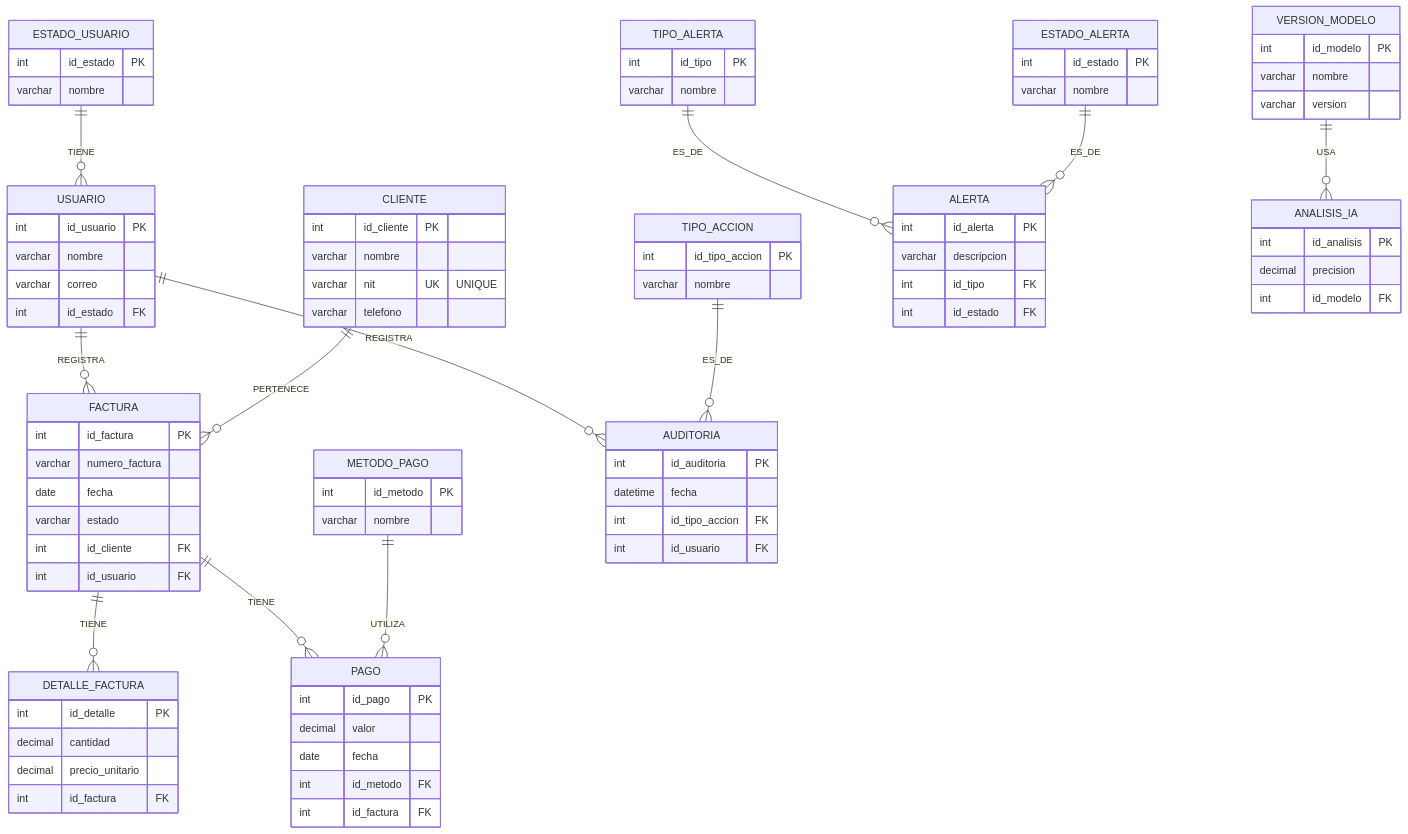
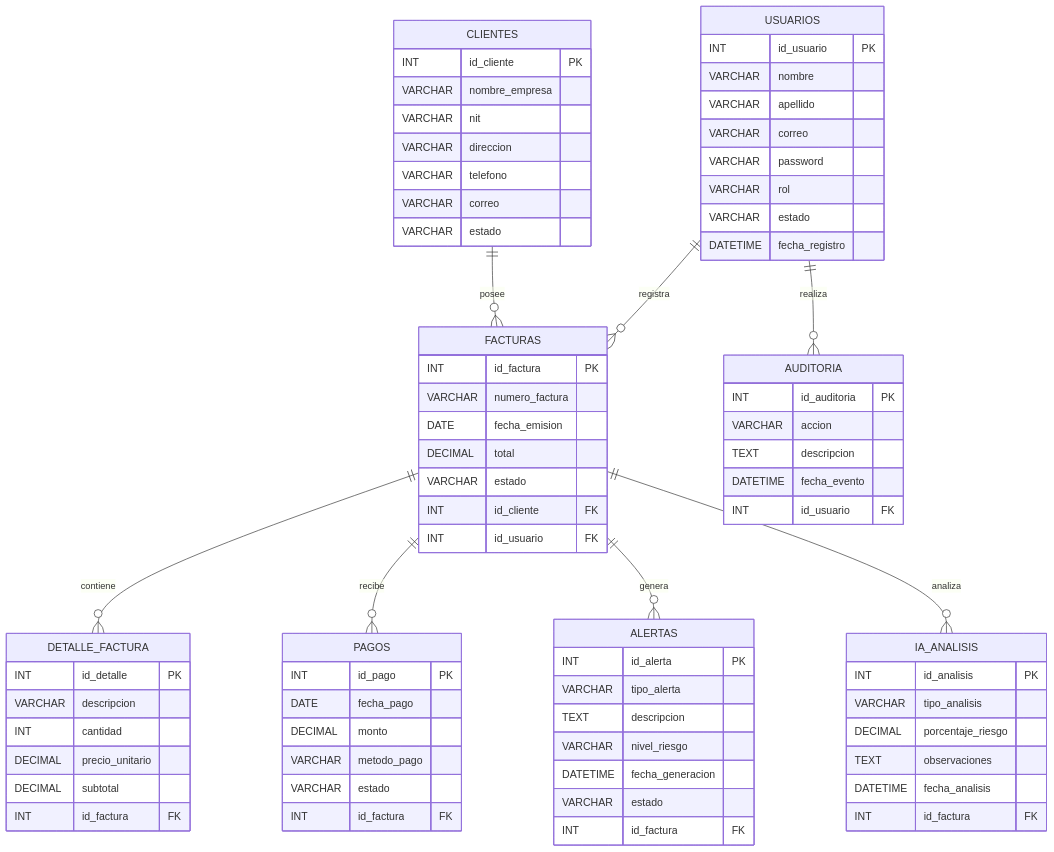
Before and after one commit to karolin0326/parcial_2: the diagram in docs/diseño/fase2-datos/E8-modelo-entidad-relacion.md, drawn with Mermaid. The commit also changed other lines of this file, not shown here.

Commit message:
Please provide the diff or description of the changes so I can generate the commit message for you.

````diff
--- a/docs/diseño/fase2-datos/E8-modelo-entidad-relacion.md
+++ b/docs/diseño/fase2-datos/E8-modelo-entidad-relacion.md
@@ -18,105 +14,123 @@
 ```mermaid
 erDiagram
-    %% Relaciones y Cardinalidades
-    ESTADO_USUARIO ||--o{ USUARIO : "TIENE"
-    USUARIO ||--o{ FACTURA : "REGISTRA"
-    CLIENTE ||--o{ FACTURA : "PERTENECE"
-    FACTURA ||--o{ DETALLE_FACTURA : "TIENE"
-    FACTURA ||--o{ PAGO : "TIENE"
-    METODO_PAGO ||--o{ PAGO : "UTILIZA"
-    USUARIO ||--o{ AUDITORIA : "REGISTRA"
-    TIPO_ACCION ||--o{ AUDITORIA : "ES_DE"
-    TIPO_ALERTA ||--o{ ALERTA : "ES_DE"
-    ESTADO_ALERTA ||--o{ ALERTA : "ES_DE"
-    VERSION_MODELO ||--o{ ANALISIS_IA : "USA"
 
-    %% Definición de Entidades y Atributos
-    ESTADO_USUARIO {
-        int id_estado PK
-        varchar nombre
-    }
-    
-    USUARIO {
-        int id_usuario PK
-        varchar nombre
-        varchar correo
-        int id_estado FK
-    }
-    
-    CLIENTE {
-        int id_cliente PK
-        varchar nombre
-        varchar nit UK "UNIQUE"
-        varchar telefono
-    }
-    
-    FACTURA {
-        int id_factura PK
-        varchar numero_factura
-        date fecha
-        varchar estado
-        int id_cliente FK
-        int id_usuario FK
-    }
-    
-    DETALLE_FACTURA {
-        int id_detalle PK
-        decimal cantidad
-        decimal precio_unitario
-        int id_factura FK
-    }
-    
-    METODO_PAGO {
-        int id_metodo PK
-        varchar nombre
-    }
-    
-    PAGO {
-        int id_pago PK
-        decimal valor
-        date fecha
-        int id_metodo FK
-        int id_factura FK
-    }
-    
-    TIPO_ALERTA {
-        int id_tipo PK
-        varchar nombre
-    }
-    
-    ESTADO_ALERTA {
-        int id_estado PK
-        varchar nombre
-    }
-    
-    ALERTA {
-        int id_alerta PK
-        varchar descripcion
-        int id_tipo FK
-        int id_estado FK
-    }
-    
-    VERSION_MODELO {
-        int id_modelo PK
-        varchar nombre
-        varchar version
-    }
-    
-    ANALISIS_IA {
-        int id_analisis PK
-        decimal precision
-        int id_modelo FK
-    }
-    
-    TIPO_ACCION {
-        int id_tipo_accion PK
-        varchar nombre
-    }
-    
-    AUDITORIA {
-        int id_auditoria PK
-        datetime fecha
-        int id_tipo_accion FK
-        int id_usuario FK
-    }
+%% =====================================================
+%% TABLA USUARIOS
+%% =====================================================
+
+USUARIOS {
+    INT id_usuario PK
+    VARCHAR nombre
+    VARCHAR apellido
+    VARCHAR correo
+    VARCHAR password
+    VARCHAR rol
+    VARCHAR estado
+    DATETIME fecha_registro
+}
+
+%% =====================================================
+%% TABLA CLIENTES
+%% =====================================================
+
+CLIENTES {
+    INT id_cliente PK
+    VARCHAR nombre_empresa
+    VARCHAR nit
+    VARCHAR direccion
+    VARCHAR telefono
+    VARCHAR correo
+    VARCHAR estado
+}
+
+%% =====================================================
+%% TABLA FACTURAS
+%% =====================================================
+
+FACTURAS {
+    INT id_factura PK
+    VARCHAR numero_factura
+    DATE fecha_emision
+    DECIMAL total
+    VARCHAR estado
+    INT id_cliente FK
+    INT id_usuario FK
+}
+
+%% =====================================================
+%% TABLA DETALLE_FACTURA
+%% =====================================================
+
+DETALLE_FACTURA {
+    INT id_detalle PK
+    VARCHAR descripcion
+    INT cantidad
+    DECIMAL precio_unitario
+    DECIMAL subtotal
+    INT id_factura FK
+}
+
+%% =====================================================
+%% TABLA PAGOS
+%% =====================================================
+
+PAGOS {
+    INT id_pago PK
+    DATE fecha_pago
+    DECIMAL monto
+    VARCHAR metodo_pago
+    VARCHAR estado
+    INT id_factura FK
+}
+
+%% =====================================================
+%% TABLA ALERTAS
+%% =====================================================
+
+ALERTAS {
+    INT id_alerta PK
+    VARCHAR tipo_alerta
+    TEXT descripcion
+    VARCHAR nivel_riesgo
+    DATETIME fecha_generacion
+    VARCHAR estado
+    INT id_factura FK
+}
+
+%% =====================================================
+%% TABLA AUDITORIA
+%% =====================================================
+
+AUDITORIA {
+    INT id_auditoria PK
+    VARCHAR accion
+    TEXT descripcion
+    DATETIME fecha_evento
+    INT id_usuario FK
+}
+
+%% =====================================================
+%% TABLA IA_ANALISIS
+%% =====================================================
+
+IA_ANALISIS {
+    INT id_analisis PK
+    VARCHAR tipo_analisis
+    DECIMAL porcentaje_riesgo
+    TEXT observaciones
+    DATETIME fecha_analisis
+    INT id_factura FK
+}
+
+%% =====================================================
+%% RELACIONES
+%% =====================================================
+
+CLIENTES ||--o{ FACTURAS : posee
+USUARIOS ||--o{ FACTURAS : registra
+FACTURAS ||--o{ DETALLE_FACTURA : contiene
+FACTURAS ||--o{ PAGOS : recibe
+FACTURAS ||--o{ ALERTAS : genera
+FACTURAS ||--o{ IA_ANALISIS : analiza
+USUARIOS ||--o{ AUDITORIA : realiza
 ```
````
